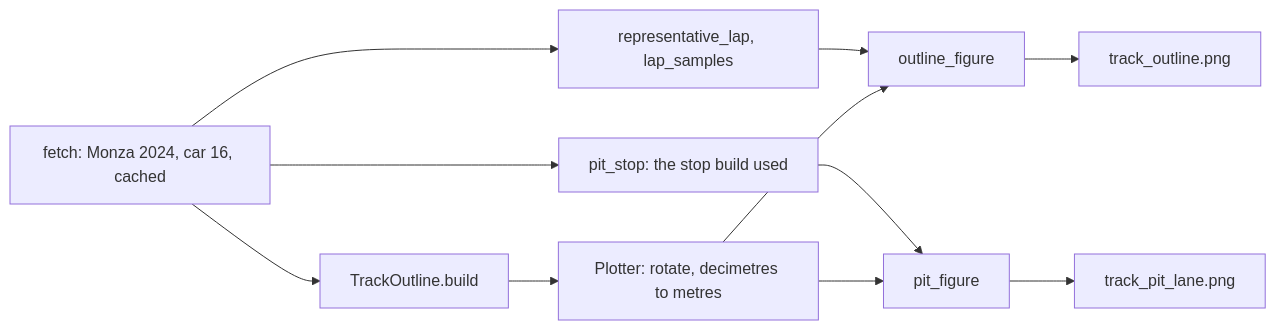
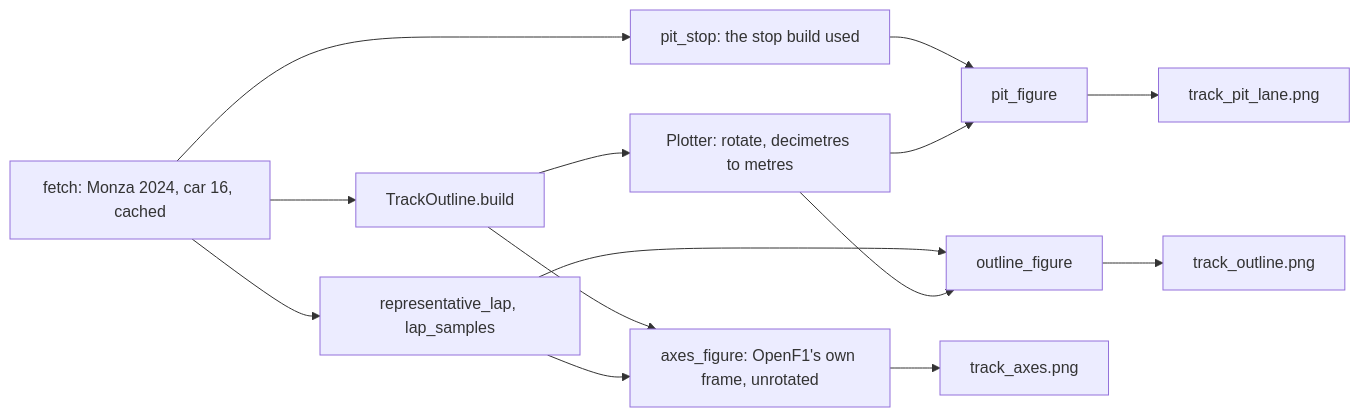
Before and after one commit to Ekanth-Sai/pitwall: the seventh of 7 diagrams in docs/design/track.md, drawn with Mermaid. The commit also changed other lines of this file and 23 other files, not shown here.

````diff
--- a/docs/design/track.md
+++ b/docs/design/track.md
@@ -348,13 +444,16 @@
 ```mermaid
 flowchart LR
     A["fetch: Monza 2024, car 16, cached"] --> B["TrackOutline.build"]
     A --> C["representative_lap, lap_samples"]
     A --> D["pit_stop: the stop build used"]
     B --> E["Plotter: rotate, decimetres to metres"]
+    B --> J["axes_figure: OpenF1's own frame, unrotated"]
+    C --> J
     C --> F["outline_figure"]
     D --> G["pit_figure"]
     E --> F
     E --> G
+    J --> K["track_axes.png"]
     F --> H["track_outline.png"]
     G --> I["track_pit_lane.png"]
 ```
````
